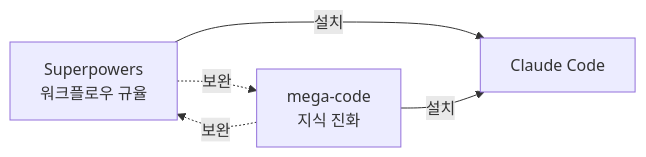
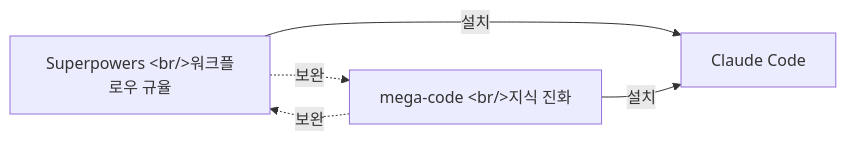
One commit to ice-ice-bear/ice-ice-bear.github.io changed the fourth of 4 diagrams in content/posts/2026-03-04-claude-code-superpowers.md. Above: the diagram before and after it, drawn with Mermaid. The commit also changed other lines of this file and 5 other files, not shown here.

First line of the commit message:
fix: use HTML entities for <br/> in mermaid labels to prevent Hugo safeHTML rendering

````diff
--- a/content/posts/2026-03-04-claude-code-superpowers.md
+++ b/content/posts/2026-03-04-claude-code-superpowers.md
@@ -164,7 +164,7 @@
 ```mermaid
 graph LR
-    SP["Superpowers<br/>워크플로우 규율"] -->|설치| Claude[Claude Code]
-    MC["mega-code<br/>지식 진화"] -->|설치| Claude
+    SP["Superpowers &lt;br/&gt;워크플로우 규율"] -->|설치| Claude[Claude Code]
+    MC["mega-code &lt;br/&gt;지식 진화"] -->|설치| Claude
     SP -.->|보완| MC
     MC -.->|보완| SP
 ```
````
